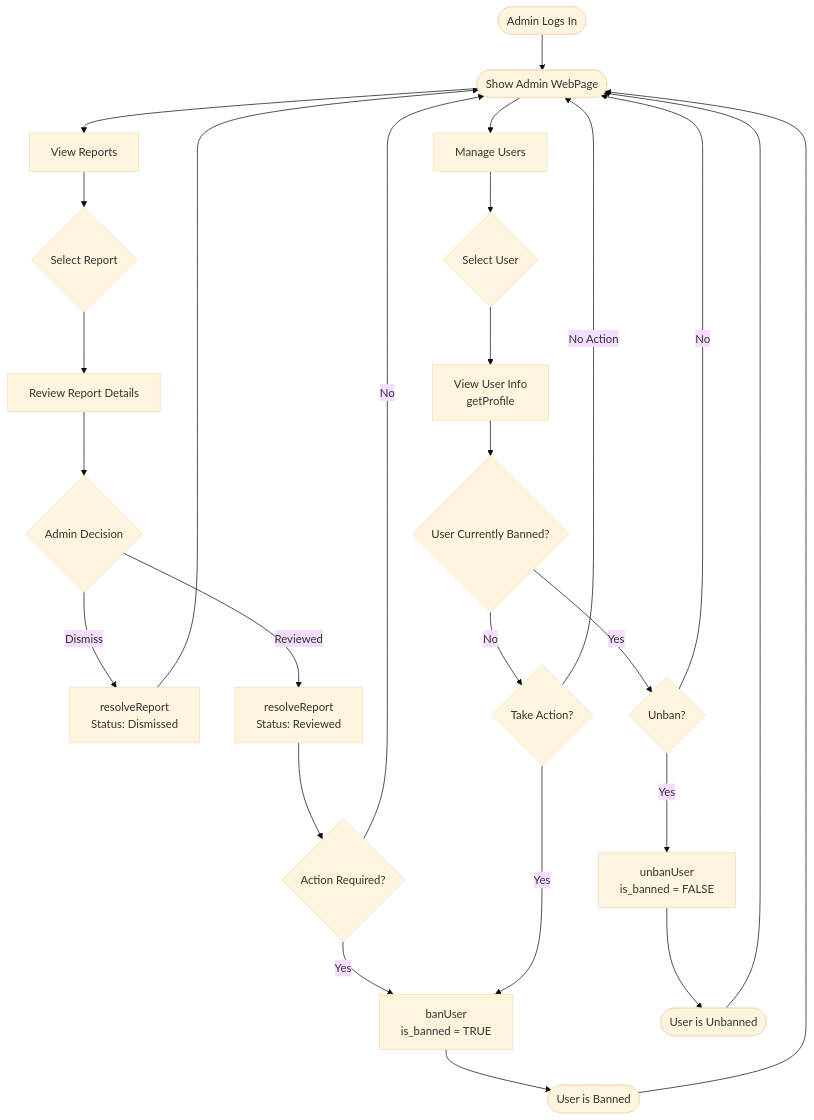
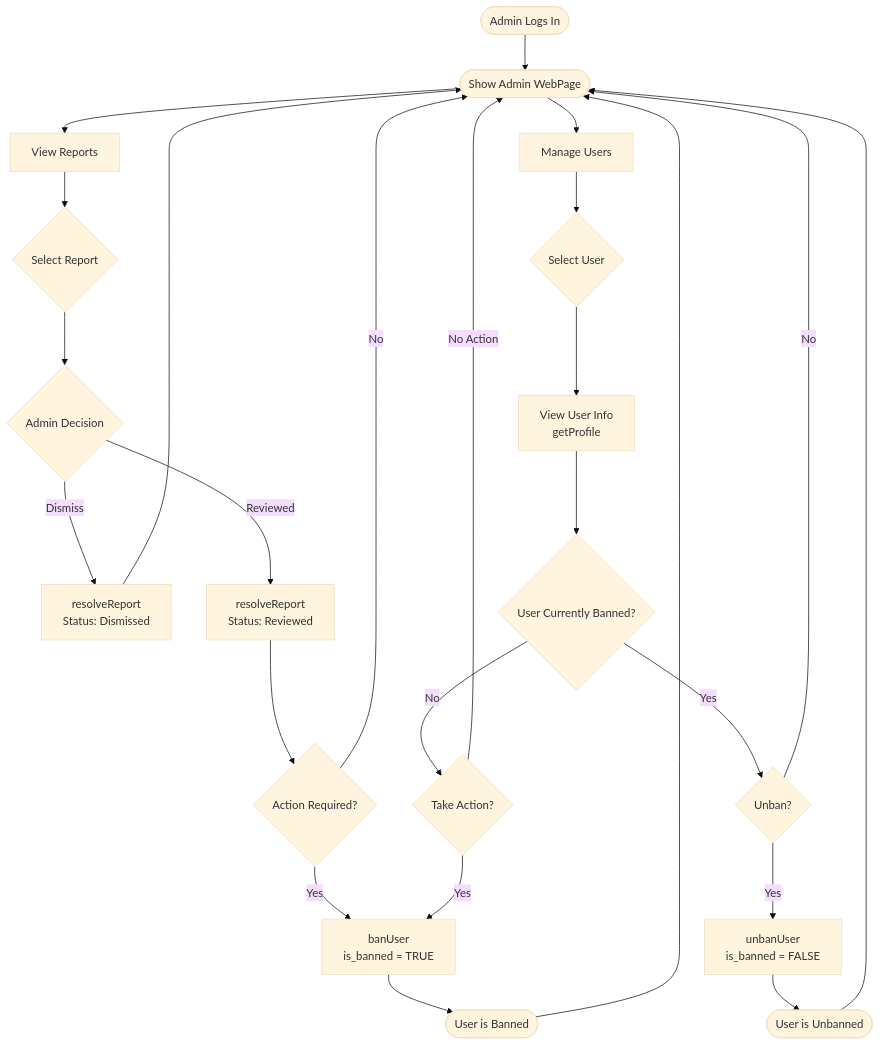
One commit to kaidenfoley4-hub/SoftwareDevProject changed the fifth of 5 diagrams in Software_Development_Project_Ideas/Design_Document.md. Above: the diagram before and after it, drawn with Mermaid (base theme).

Commit message:
Small fix to make the admin chart smaller

````diff
--- a/Software_Development_Project_Ideas/Design_Document.md
+++ b/Software_Development_Project_Ideas/Design_Document.md
@@ -348,32 +348,31 @@
 ```mermaid
 flowchart TD
     id0(["Admin Logs In"]) --> id1(["Show Admin WebPage"])
     id1 --> id2["View Reports"]
     id1 --> id3["Manage Users"]
     
     id2 --> id4{"Select Report"}
-    id4 --> id5["Review Report Details"]
-    id5 --> id6{"Admin Decision"}
+    id4 --> id6{"Admin Decision"}
     id6 --> |Dismiss| id7["resolveReport \n Status: Dismissed"]
     id6 --> |Reviewed| id8["resolveReport \n Status: Reviewed"]
     id8 --> id9{"Action Required?"}
     id9 --> |Yes| id12["banUser \n is_banned = TRUE"]
     id9 --> |No| id1
     id7 --> id1
     
     id3 --> id10{"Select User"}
     id10 --> id11["View User Info \n getProfile"]
     id11 --> id13{"User Currently Banned?"}
     
     id13 --> |No| id14{"Take Action?"}
     id14 --> |Yes| id12["banUser \n is_banned = TRUE"]
     id14 --> |No Action| id1
     id12 --> id15(["User is Banned"])
     id15 --> id1
     
     id13 --> |Yes| id16{"Unban?"}
     id16 --> |Yes| id17["unbanUser \n is_banned = FALSE"]
     id16 --> |No| id1
     id17 --> id18(["User is Unbanned"])
     id18 --> id1
 ```
````
